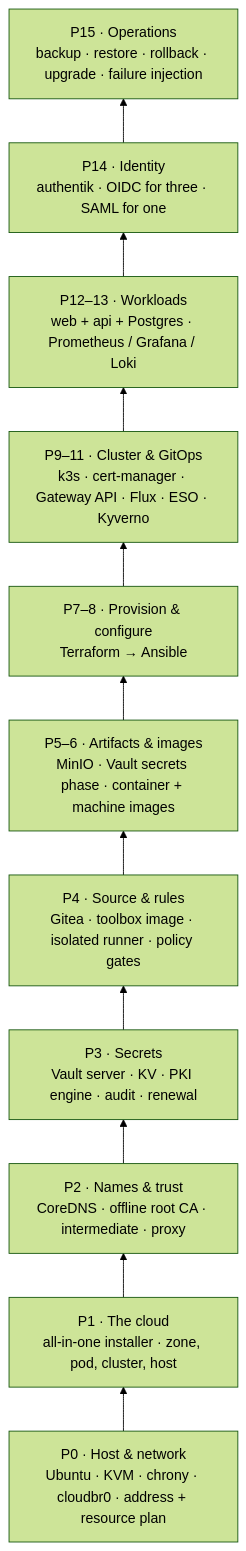
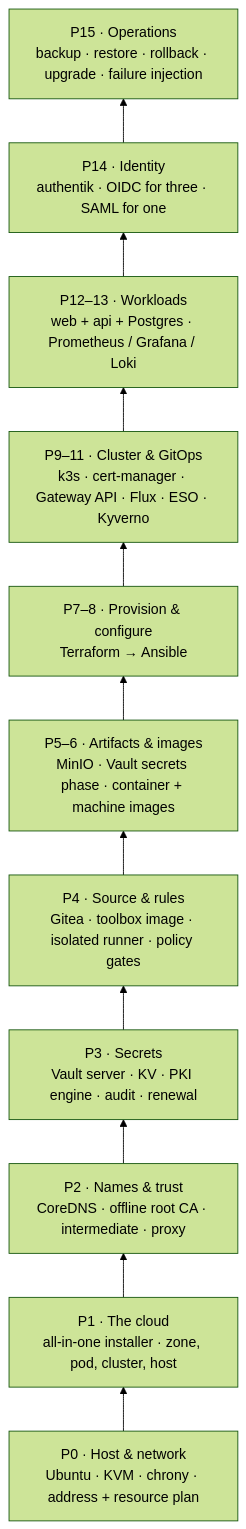
Before and after one commit to jmin1231/SingleClusterIaCLab: the third of 3 diagrams in docs/build-order.md, drawn with Mermaid (forest theme). The commit also changed other lines of this file, not shown here.

````diff
--- a/docs/build-order.md
+++ b/docs/build-order.md
@@ -207,16 +211,16 @@
 ```mermaid
 flowchart BT
-  P0["P0 · Host & network<br/>Ubuntu · KVM · chrony · cloudbr0 · address + resource plan"]
+  P0["P0 · Host & network<br/>Ubuntu · KVM · chrony · address + resource plan"]
   P1["P1 · The cloud<br/>all-in-one installer · zone, pod, cluster, host"]
   P2["P2 · Names & trust<br/>CoreDNS · offline root CA · intermediate · proxy"]
   P3["P3 · Secrets<br/>Vault server · KV · PKI engine · audit · renewal"]
   P4["P4 · Source & rules<br/>Gitea · toolbox image · isolated runner · policy gates"]
   P56["P5–6 · Artifacts & images<br/>MinIO · Vault secrets phase · container + machine images"]
   P78["P7–8 · Provision & configure<br/>Terraform → Ansible"]
   P911["P9–11 · Cluster & GitOps<br/>k3s · cert-manager · Gateway API · Flux · ESO · Kyverno"]
   P1213["P12–13 · Workloads<br/>web + api + Postgres · Prometheus / Grafana / Loki"]
   P14["P14 · Identity<br/>authentik · OIDC for three · SAML for one"]
   P15["P15 · Operations<br/>backup · restore · rollback · upgrade · failure injection"]
 
   P0 --> P1 --> P2 --> P3 --> P4 --> P56 --> P78 --> P911 --> P1213 --> P14 --> P15
 ```
````
